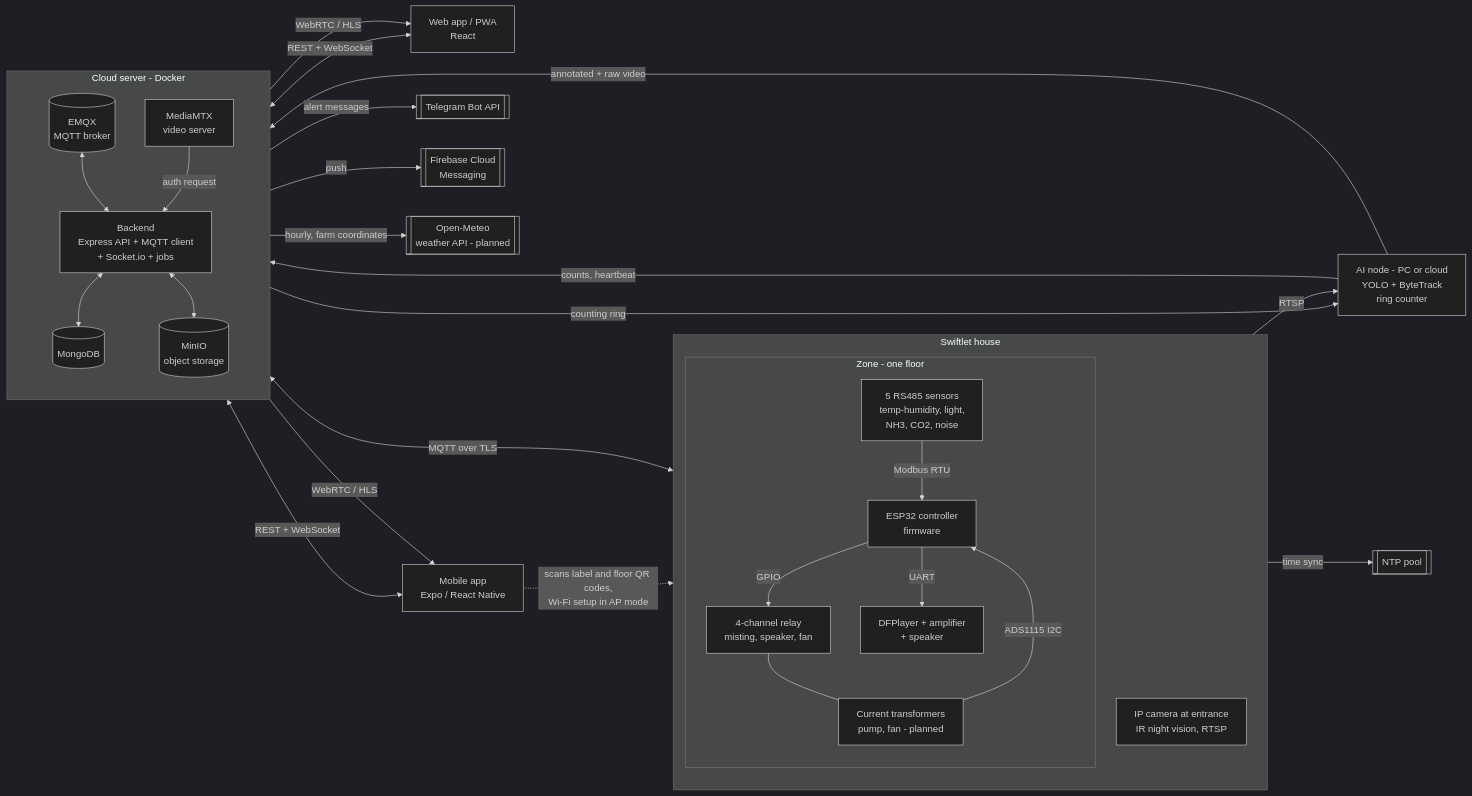
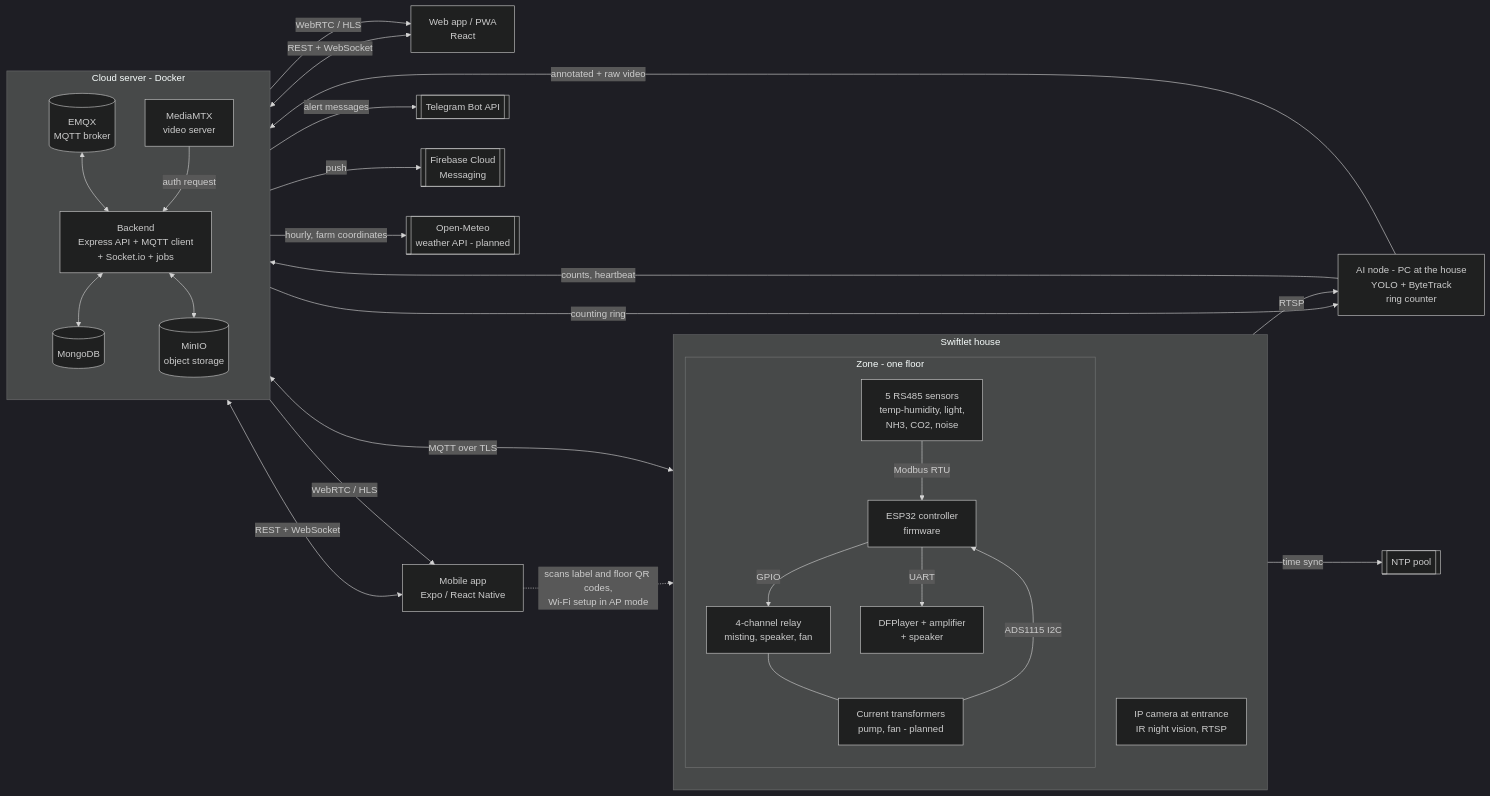
The first of 35 diagrams in docs/reports/report4-sdd.md (NBao261/SwiftletCare_KLTN), drawn with Mermaid (dark theme) before and after one commit. The commit also changed other lines of this file and 9 other files, not shown here.

````diff
--- a/docs/reports/report4-sdd.md
+++ b/docs/reports/report4-sdd.md
@@ -62,53 +62,53 @@
 ```mermaid
 flowchart LR
   subgraph HOUSE[Swiftlet house]
     direction TB
     subgraph ZONE[Zone - one floor]
       S[5 RS485 sensors<br/>temp-humidity, light,<br/>NH3, CO2, noise]
       ESP[ESP32 controller<br/>firmware]
       R[4-channel relay<br/>misting, speaker, fan]
       SPK[DFPlayer + amplifier<br/>+ speaker]
       CT[Current transformers<br/>pump, fan - planned]
       S -- Modbus RTU --> ESP
       ESP -- GPIO --> R
       ESP -- UART --> SPK
       R --- CT
       CT -- ADS1115 I2C --> ESP
     end
     CAM[IP camera at entrance<br/>IR night vision, RTSP]
   end
-  AINODE[AI node - PC or cloud<br/>YOLO + ByteTrack<br/>ring counter]
+  AINODE[AI node - PC at the house<br/>YOLO + ByteTrack<br/>ring counter]
   subgraph CLOUD[Cloud server - Docker]
     direction TB
     EMQX[(EMQX<br/>MQTT broker)]
     API[Backend<br/>Express API + MQTT client<br/>+ Socket.io + jobs]
     DB[(MongoDB)]
     MINIO[(MinIO<br/>object storage)]
     MTX[MediaMTX<br/>video server]
   end
   WEB[Web app / PWA<br/>React]
   MOB[Mobile app<br/>Expo / React Native]
   TG[[Telegram Bot API]]
   FCM[[Firebase Cloud<br/>Messaging]]
   NTP[[NTP pool]]
   WX[[Open-Meteo<br/>weather API - planned]]
 
   ESP <-- MQTT over TLS --> EMQX
   CAM -- RTSP --> AINODE
   AINODE -- counts, heartbeat --> EMQX
   EMQX -- counting ring --> AINODE
   AINODE -- annotated + raw video --> MTX
   EMQX <--> API
   API <--> DB
   API <--> MINIO
   MTX -- auth request --> API
   API <-- REST + WebSocket --> WEB
   API <-- REST + WebSocket --> MOB
   MTX -- WebRTC / HLS --> WEB
   MTX -- WebRTC / HLS --> MOB
   API -- alert messages --> TG
   API -- push --> FCM
   ESP -- time sync --> NTP
   API -- hourly, farm coordinates --> WX
   MOB -. scans label and floor QR codes,<br/>Wi-Fi setup in AP mode .-> ESP
 ```
````
